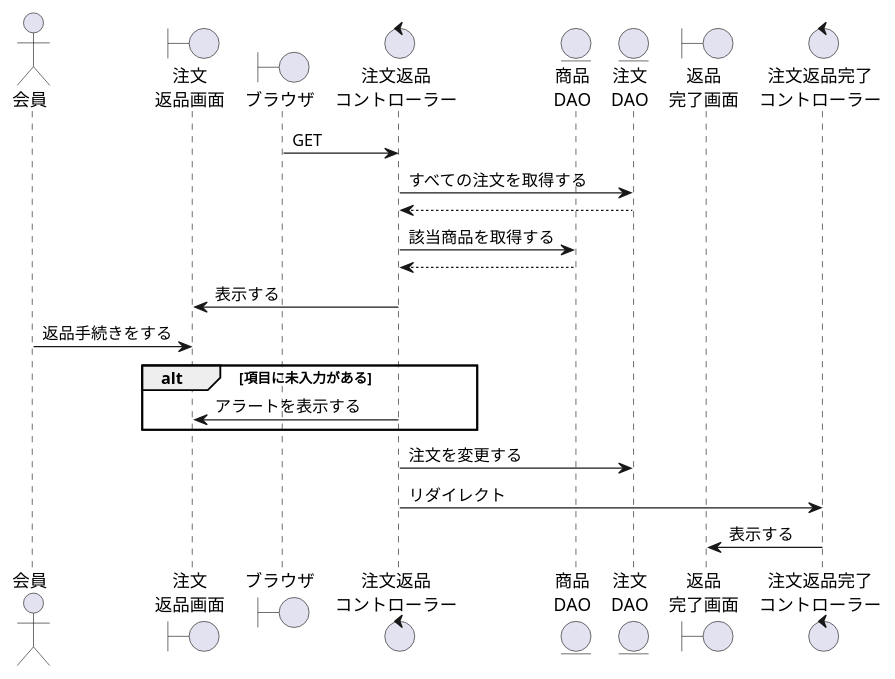
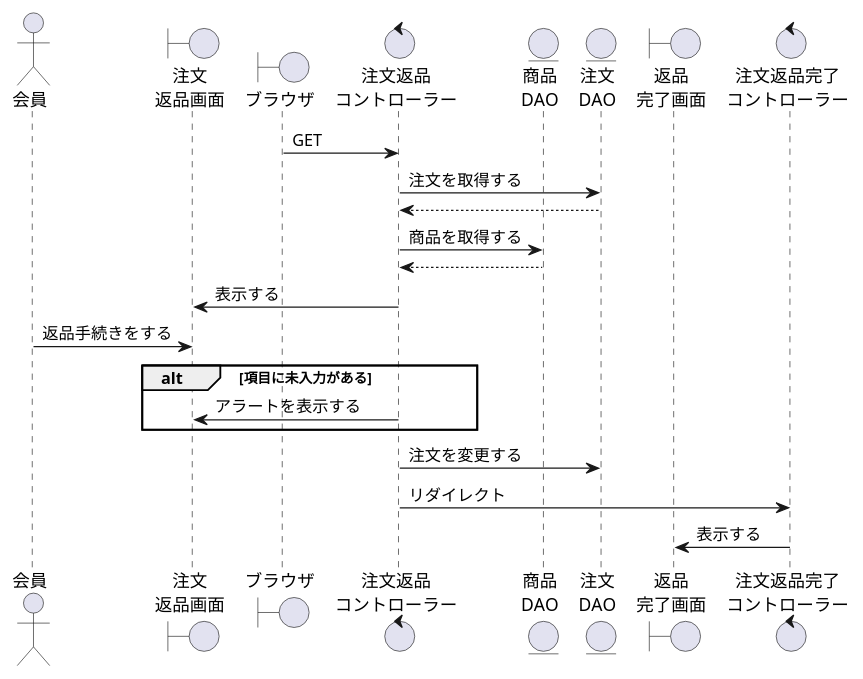
One commit to ysyk-wtnb16/team_D changed the diagram in BBショップ/返品.wsd. Above: the diagram before and after it, drawn with PlantUML.

Commit message:
ｈ

```diff
--- a/BBショップ/返品.wsd
+++ b/BBショップ/返品.wsd
@@ -1,32 +1,32 @@
 @startuml return
 ' ①縦軸の並び順を決める
 actor "会員" as act
 boundary "注文\n返品画面" as orb
 ' コントローラーに初回アクセスするもの
 boundary "ブラウザ" as brz
 ' コントローラーまたはビューの名称を決める
 control "注文返品\nコントローラー" as orc
 ' DAOまたはモデルとなる
 entity "商品\nDAO" as pdt
 entity "注文\nDAO" as order
 boundary "返品\n完了画面" as orkb
 control "注文返品完了\nコントローラー" as orkc
 
 brz -> orc: GET
-orc -> order:すべての注文を取得する
+orc -> order:注文を取得する
 orc <-- order
-orc -> pdt:該当商品を取得する
+orc -> pdt:商品を取得する
 orc <-- pdt
 orb <- orc:表示する
 act -> orb:返品手続きをする
 
 
 alt 項目に未入力がある
     orb <- orc:アラートを表示する
 end
 
 orc -> order: 注文を変更する
 orc -> orkc: リダイレクト
 orkb <- orkc:表示する
 
 @enduml
```
